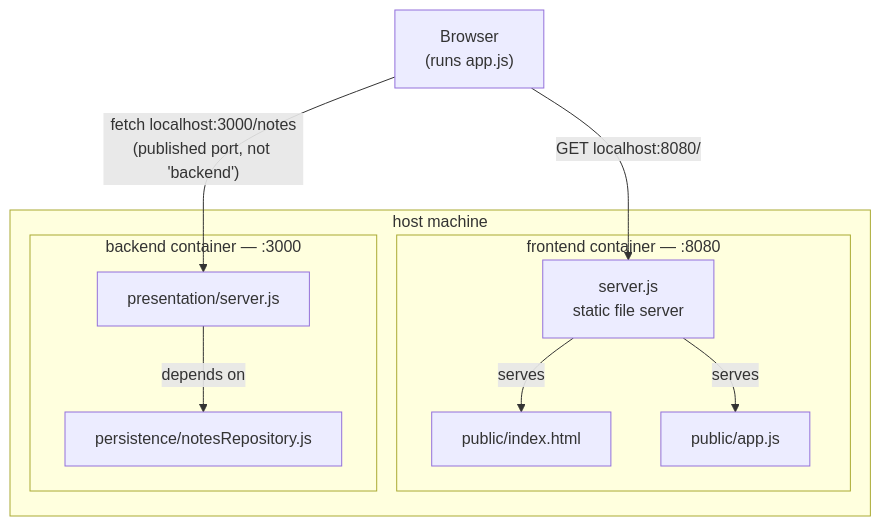
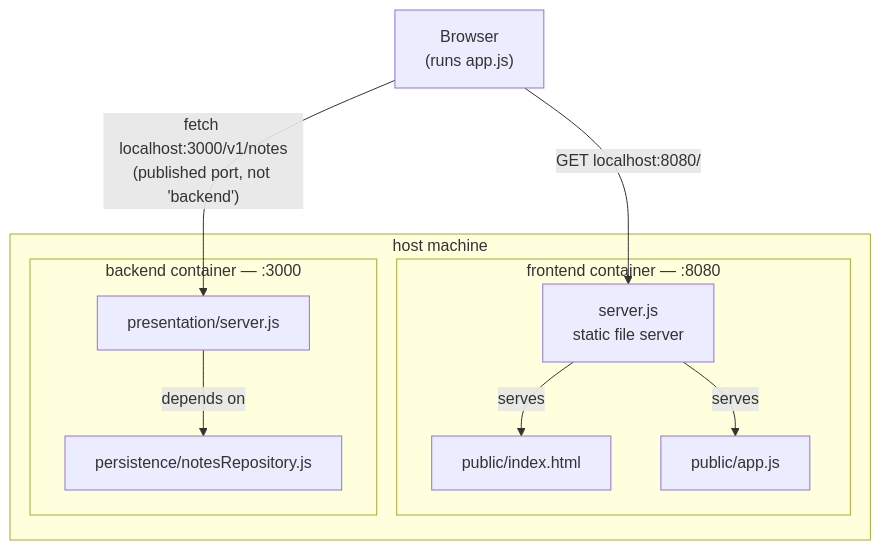
The second of 2 diagrams in README.md (frederikegede/ApiTestSession11), drawn with Mermaid before and after one commit. The commit also changed other lines of this file and 13 other files, not shown here.

````diff
--- a/README.md
+++ b/README.md
@@ -123,22 +125,22 @@
 ```mermaid
 flowchart TB
     BROWSER["Browser<br/>(runs app.js)"]
 
     subgraph host["host machine"]
         subgraph frontendC["frontend container — :8080"]
             STATIC[server.js<br/>static file server]
             HTML[public/index.html]
             APPJS[public/app.js]
         end
         subgraph backendC["backend container — :3000"]
             SERVER[presentation/server.js]
             REPO[persistence/notesRepository.js]
         end
     end
 
     BROWSER -->|"GET localhost:8080/"| STATIC
     STATIC -->|serves| HTML
     STATIC -->|serves| APPJS
-    BROWSER -->|"fetch localhost:3000/notes<br/>(published port, not 'backend')"| SERVER
+    BROWSER -->|"fetch localhost:3000/v1/notes<br/>(published port, not 'backend')"| SERVER
     SERVER -->|"depends on"| REPO
 ```
````
